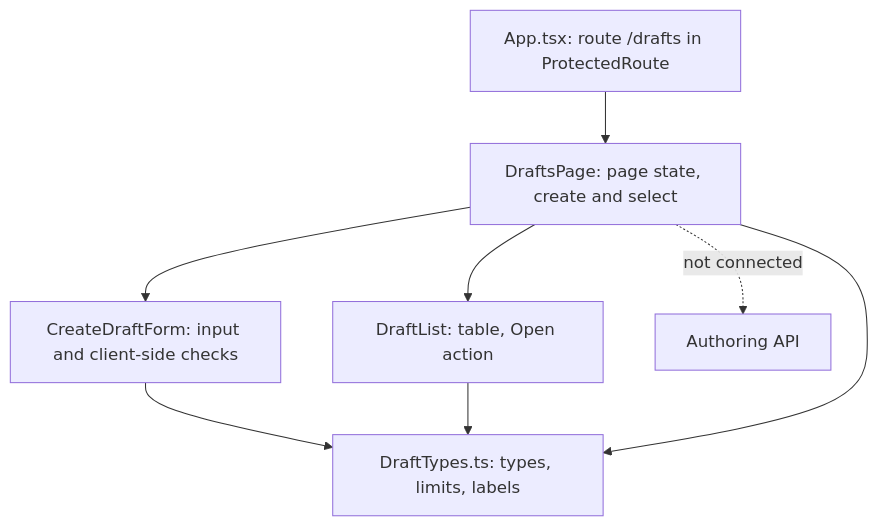
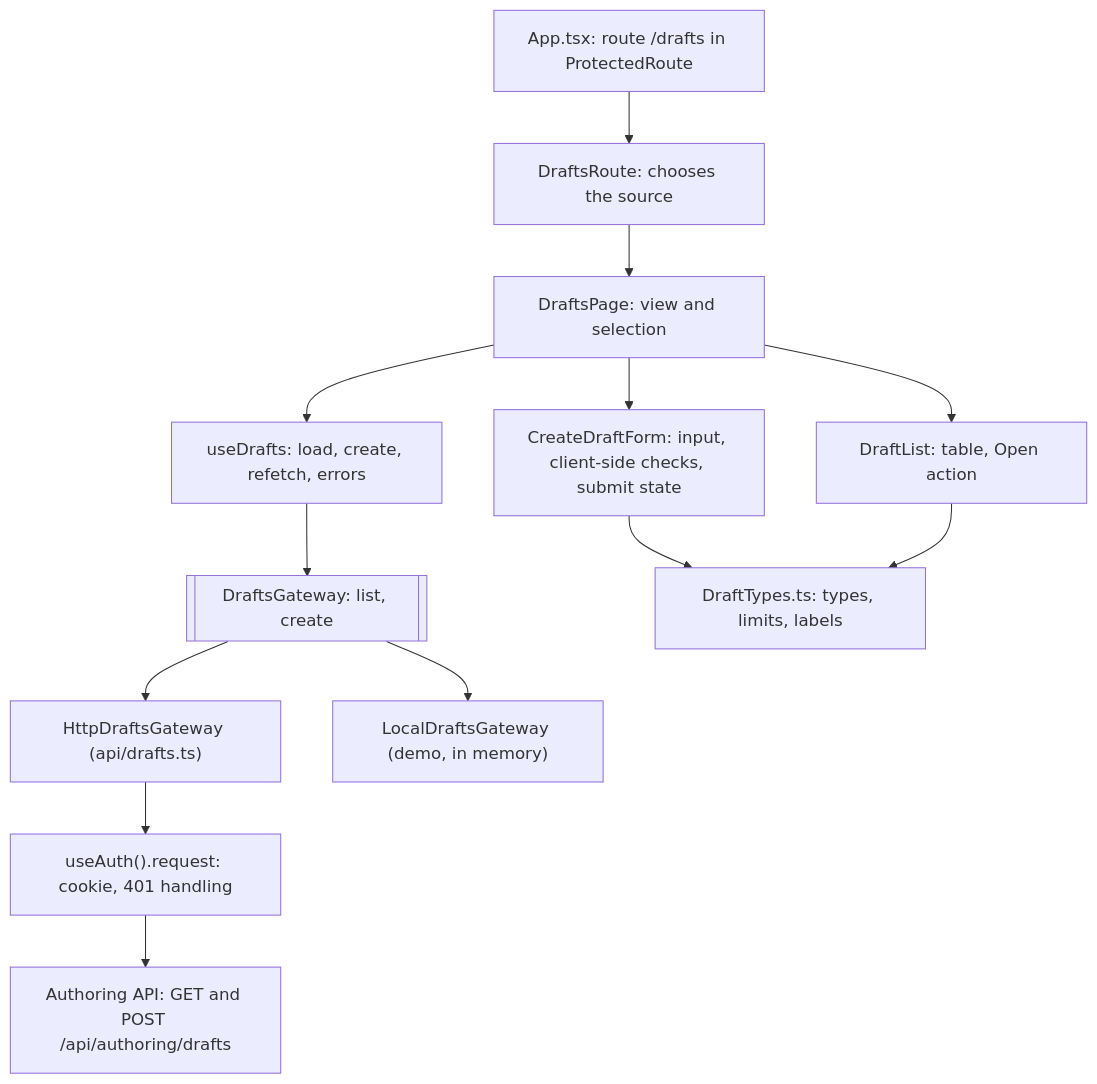
The first of 2 diagrams in docs/components/AUT-01 AUT-06/AUT-01-frontend.md (owlCoder/security-lab), drawn with Mermaid before and after one commit. The commit also changed other lines of this file and 3 other files, not shown here.

````diff
--- a/docs/components/AUT-01 AUT-06/AUT-01-frontend.md
+++ b/docs/components/AUT-01 AUT-06/AUT-01-frontend.md
@@ -30,10 +30,15 @@
 ```mermaid
 flowchart TD
-  App["App.tsx: route /drafts in ProtectedRoute"] --> Page["DraftsPage: page state, create and select"]
-  Page --> Form["CreateDraftForm: input and client-side checks"]
+  App["App.tsx: route /drafts in ProtectedRoute"] --> Route["DraftsRoute: chooses the source"]
+  Route --> Page["DraftsPage: view and selection"]
+  Page --> Form["CreateDraftForm: input, client-side checks, submit state"]
   Page --> List["DraftList: table, Open action"]
+  Page --> Hook["useDrafts: load, create, refetch, errors"]
+  Hook --> Gw[["DraftsGateway: list, create"]]
+  Gw --> Http["HttpDraftsGateway (api/drafts.ts)"]
+  Gw --> Local["LocalDraftsGateway (demo, in memory)"]
+  Http --> Req["useAuth().request: cookie, 401 handling"]
+  Req --> Api["Authoring API: GET and POST /api/authoring/drafts"]
   Form --> Types["DraftTypes.ts: types, limits, labels"]
   List --> Types
-  Page --> Types
-  Page -. "not connected" .-> Api["Authoring API"]
 ```
````
